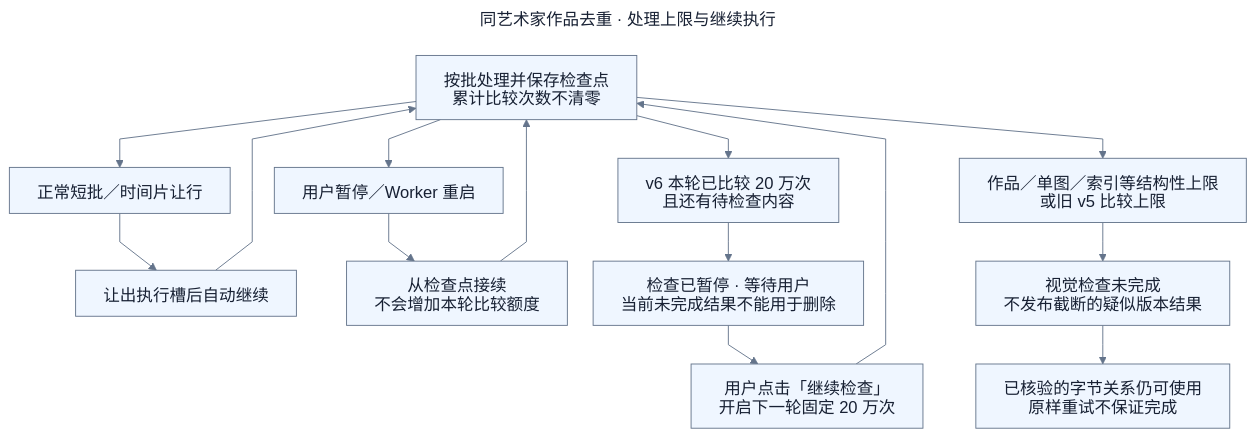
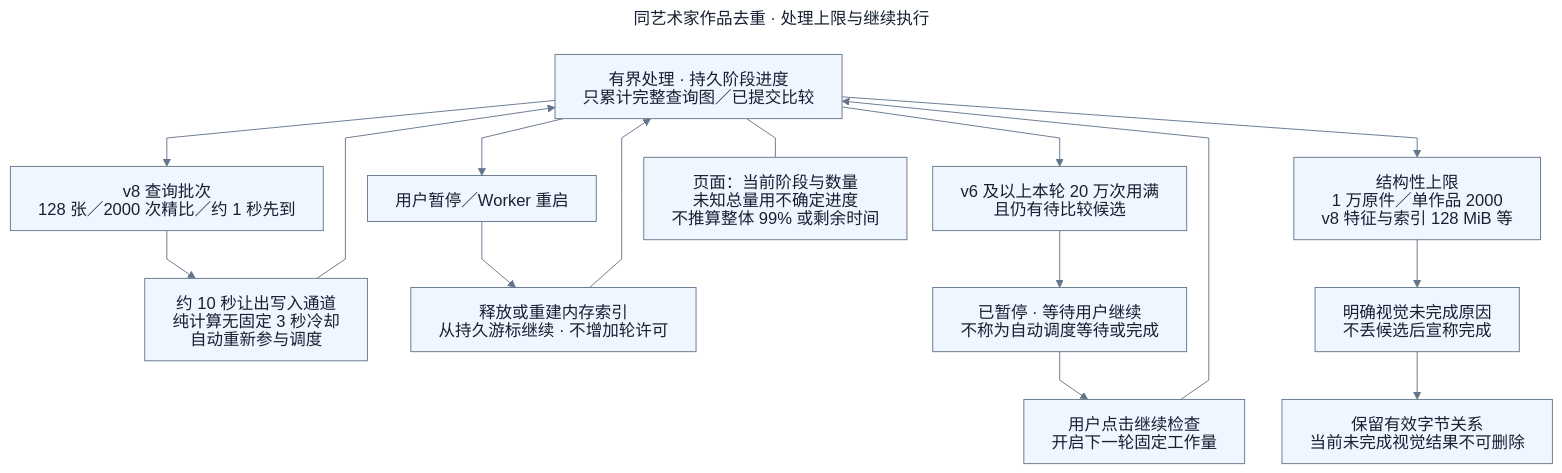
The diagram in docs/diagrams/features/artwork-deduplication/processing-limits.mmd (namehu/PixiShelf), drawn with Mermaid before and after one commit. The commit also changed 76 other files, not shown here.

```diff
--- a/docs/diagrams/features/artwork-deduplication/processing-limits.mmd
+++ b/docs/diagrams/features/artwork-deduplication/processing-limits.mmd
@@ -1,38 +1,40 @@
 ---
 config:
   theme: base
   htmlLabels: false
   themeVariables:
     fontFamily: 'Arial, PingFang SC, Microsoft YaHei, sans-serif'
     fontSize: 18px
     background: '#ffffff'
     primaryColor: '#eff6ff'
     primaryTextColor: '#172033'
     primaryBorderColor: '#64748b'
     lineColor: '#64748b'
     secondaryColor: '#f0fdf4'
     tertiaryColor: '#fff7ed'
   flowchart:
     htmlLabels: false
     curve: linear
     nodeSpacing: 28
     rankSpacing: 42
     wrappingWidth: 340
 title: 同艺术家作品去重 · 处理上限与继续执行
 ---
 flowchart TB
-  P01[按批处理并保存检查点<br/>累计比较次数不清零]
-  P02[正常短批／时间片让行]
-  P03[让出执行槽后自动继续]
+  P01[有界处理 · 持久阶段进度<br/>只累计完整查询图／已提交比较]
+  P02[v8 查询批次<br/>128 张／2000 次精比／约 1 秒先到]
+  P03[约 10 秒让出写入通道<br/>纯计算无固定 3 秒冷却<br/>自动重新参与调度]
   P04[用户暂停／Worker 重启]
-  P05[从检查点接续<br/>不会增加本轮比较额度]
-  P06[v6 本轮已比较 20 万次<br/>且还有待检查内容]
-  P07[检查已暂停 · 等待用户<br/>当前未完成结果不能用于删除]
-  P08[用户点击「继续检查」<br/>开启下一轮固定 20 万次]
-  P09[作品／单图／索引等结构性上限<br/>或旧 v5 比较上限]
-  P10[视觉检查未完成<br/>不发布截断的疑似版本结果]
-  P11[已核验的字节关系仍可使用<br/>原样重试不保证完成]
+  P05[释放或重建内存索引<br/>从持久游标继续 · 不增加轮许可]
+  P06[v6 及以上本轮 20 万次用满<br/>且仍有待比较候选]
+  P07[已暂停 · 等待用户继续<br/>不称为自动调度等待或完成]
+  P08[用户点击继续检查<br/>开启下一轮固定工作量]
+  P09[结构性上限<br/>1 万原件／单作品 2000<br/>v8 特征与索引 128 MiB 等]
+  P10[明确视觉未完成原因<br/>不丢候选后宣称完成]
+  P11[保留有效字节关系<br/>当前未完成视觉结果不可删除]
   P01 --> P02 --> P03 --> P01
   P01 --> P04 --> P05 --> P01
   P01 --> P06 --> P07 --> P08 --> P01
   P01 --> P09 --> P10 --> P11
+  P12[页面：当前阶段与数量<br/>未知总量用不确定进度<br/>不推算整体 99% 或剩余时间]
+  P01 --- P12
```
